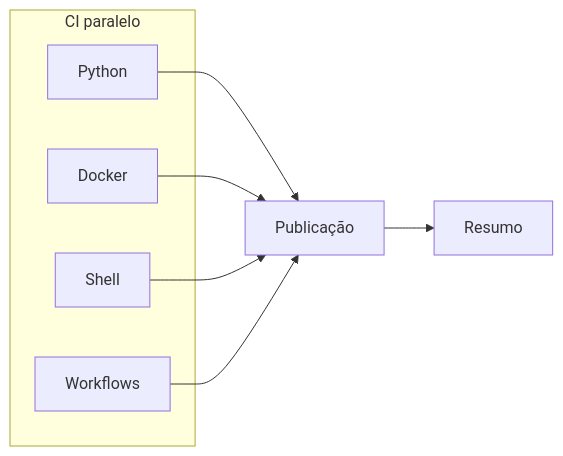
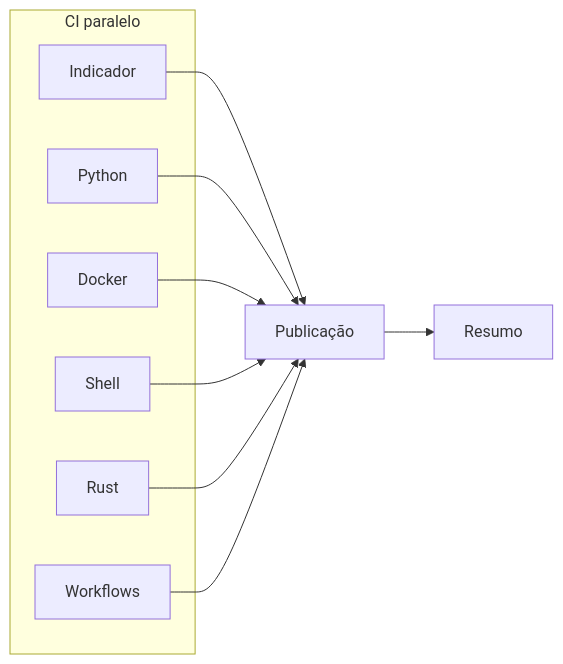
The diagram in .github/workflows/WORKFLOWS.md (victorh-silveira/aether-quantum-engine), drawn with Mermaid before and after one commit. The commit also changed other lines of this file and 26 other files, not shown here.

````diff
--- a/.github/workflows/WORKFLOWS.md
+++ b/.github/workflows/WORKFLOWS.md
@@ -7,14 +7,18 @@
 ```mermaid
 flowchart LR
   subgraph ci [CI paralelo]
+    IN[Indicador]
     PY[Python]
     DK[Docker]
     SH[Shell]
+    RS[Rust]
     WF[Workflows]
   end
+  IN --> R[Publicação]
   PY --> R[Publicação]
   DK --> R
   SH --> R
+  RS --> R
   WF --> R
   R --> S[Resumo]
 ```
````
